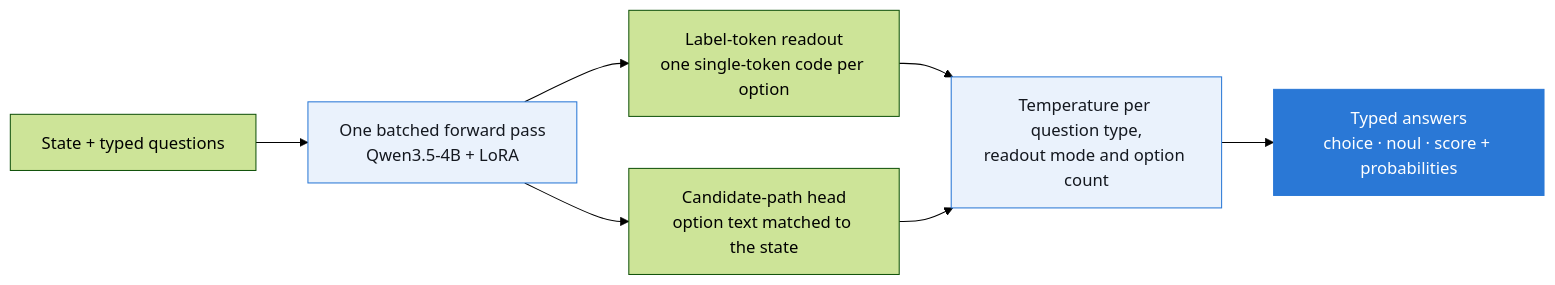
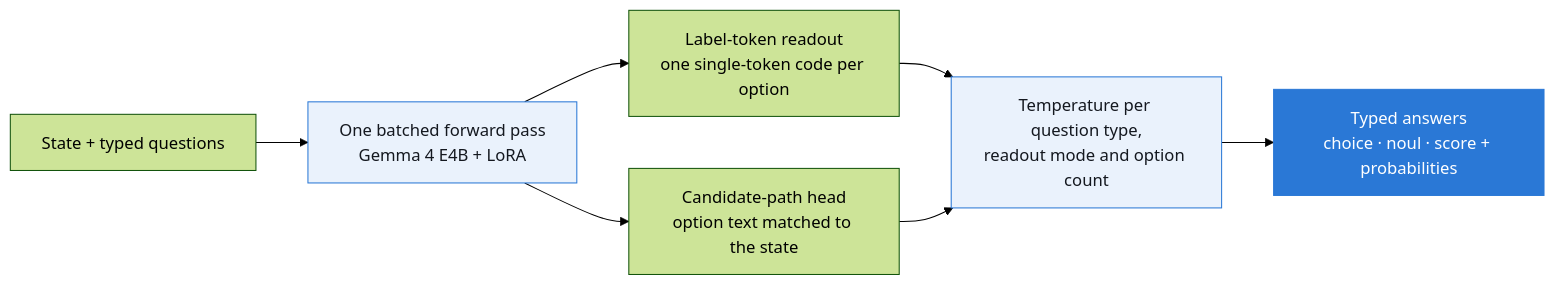
Before and after one commit to rcythr/gev: the diagram in README.md, drawn with Mermaid (forest theme). The commit also changed other lines of this file, not shown here.

First line of the commit message:
docs(readme): rewrite for gev on Gemma 4 E4B

````diff
--- a/README.md
+++ b/README.md
@@ -156,12 +129,12 @@
 ```mermaid
 flowchart LR
-    S["State + typed questions"] --> P["One batched forward pass<br/>Qwen3.5-4B + LoRA"]
+    S["State + typed questions"] --> P["One batched forward pass<br/>Gemma 4 E4B + LoRA"]
     P --> A["Label-token readout<br/>one single-token code per option"]
     P --> B["Candidate-path head<br/>option text matched to the state"]
     A --> T["Temperature per question type,<br/>readout mode and option count"]
     B --> T
     T --> O["Typed answers<br/>choice · noul · score + probabilities"]
     style P fill:#eaf2fc,stroke:#2a78d6,color:#14181f
     style T fill:#eaf2fc,stroke:#2a78d6,color:#14181f
     style O fill:#2a78d6,stroke:#2a78d6,color:#ffffff
 ```
````
